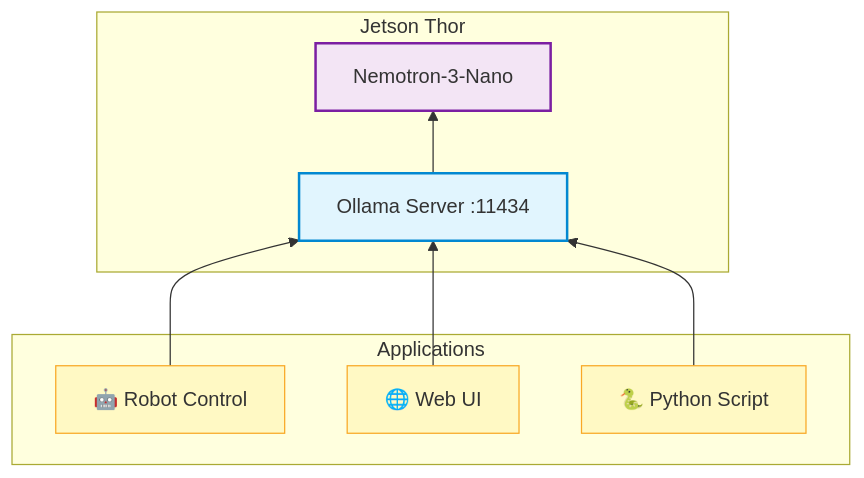
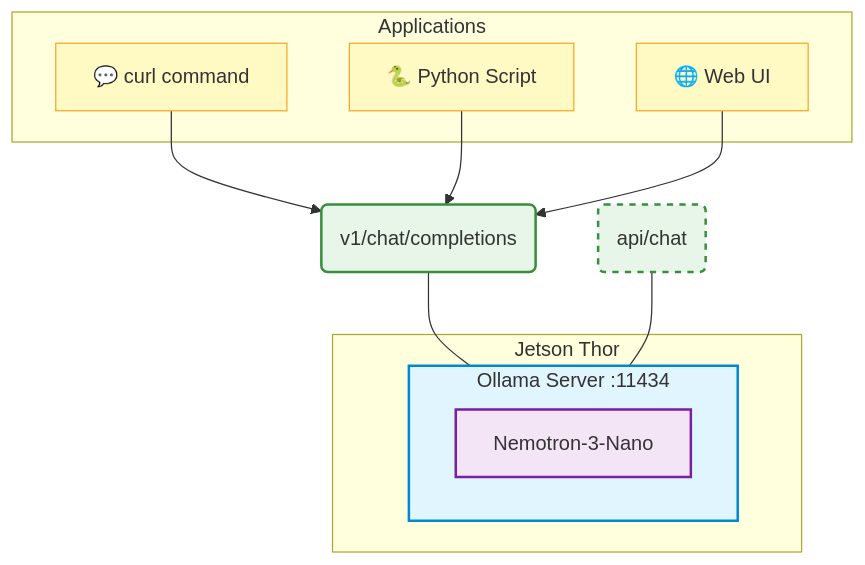
One commit to NebulaTurnip27/jetson-ai-lab changed the first of 2 diagrams in src/content/gtc26/intro-ai-microservice.mdx. Above: the diagram before and after it, drawn with Mermaid. The commit also changed other lines of this file and 2 other files, not shown here.

First line of the commit message:
GTC26 workshop: enhance diagrams, add bonus VLM challenge, improve Live VLM WebUI page

````diff
--- a/src/content/gtc26/intro-ai-microservice.mdx
+++ b/src/content/gtc26/intro-ai-microservice.mdx
@@ -131,24 +136,31 @@
 ```mermaid
-flowchart BT
+flowchart TB
     subgraph Apps[Applications]
-        A1[🤖 Robot Control]
-        A2[🌐 Web UI]
-        A3[🐍 Python Script]
+        A1[💬 curl command]
+        A2[🐍 Python Script]
+        A3[🌐 Web UI]
     end
 
     subgraph Jetson[Jetson Thor]
-        API[Ollama Server :11434]
-        LLM[Nemotron-3-Nano]
-        API --> LLM
+        subgraph API[Ollama Server :11434]
+            LLM[Nemotron-3-Nano]
+        end
     end
 
-    A1 --> API
-    A2 --> API
-    A3 --> API
+    EP1(v1/chat/completions)
+    EP2(api/chat)
 
+    A1 --> EP1
+    A2 --> EP1
+    A3 --> EP1
+    EP1 --- API
+    EP2 --- API
+
+    style EP1 fill:#e8f5e9,stroke:#388e3c,stroke-width:2px
+    style EP2 fill:#e8f5e9,stroke:#388e3c,stroke-width:2px,stroke-dasharray: 5 5
     style LLM fill:#f3e5f5,stroke:#7b1fa2,stroke-width:2px
     style API fill:#e1f5fe,stroke:#0288d1,stroke-width:2px
     style A1 fill:#fff9c4,stroke:#f9a825
     style A2 fill:#fff9c4,stroke:#f9a825
     style A3 fill:#fff9c4,stroke:#f9a825
 ```
````
